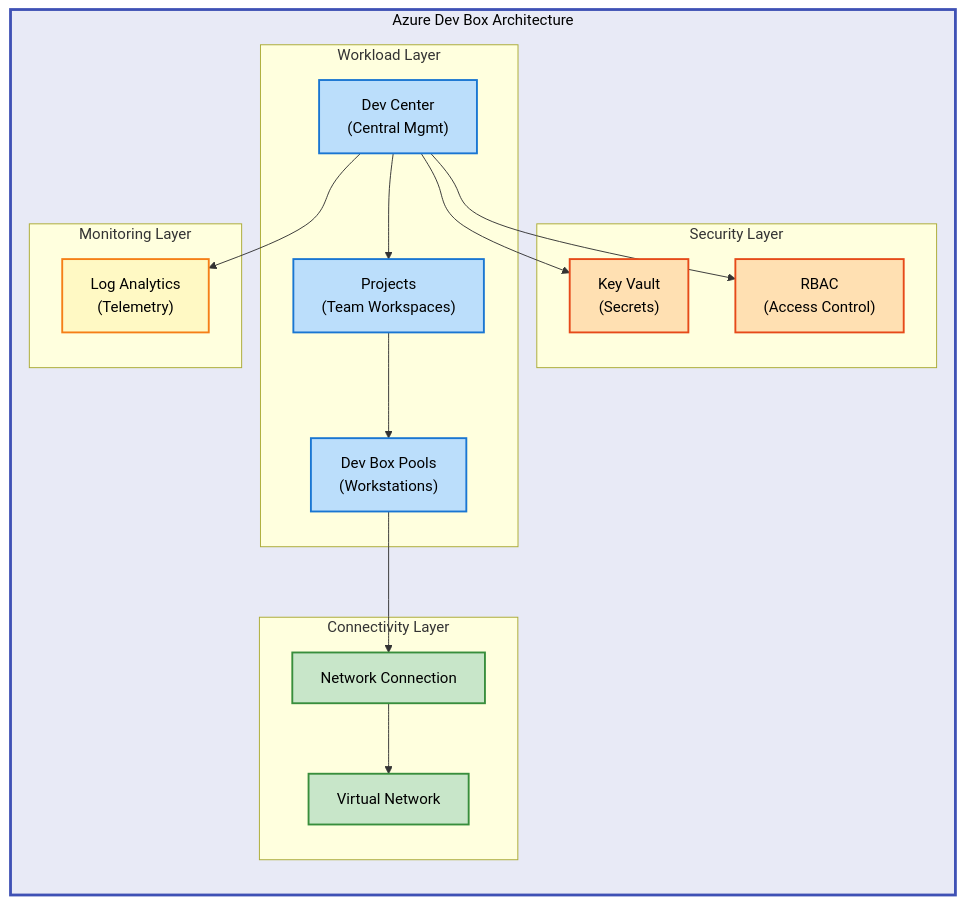
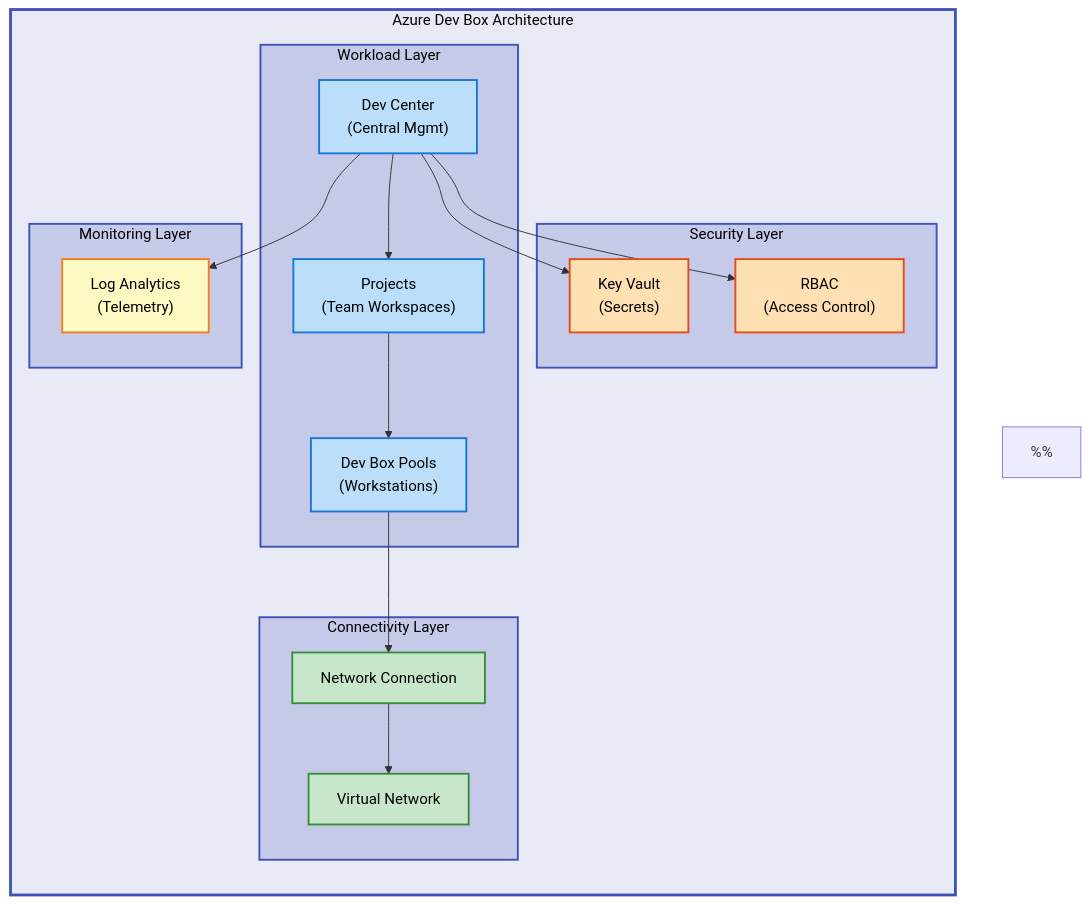
The diagram in README.md (Evilazaro/DevExp-DevBox), drawn with Mermaid before and after one commit.

Commit message:
Enhance architecture diagram in README.md with standardized color scheme and detailed documentation for clarity

````diff
--- a/README.md
+++ b/README.md
@@ -50,11 +50,51 @@
 ```mermaid
 %%{init: {"flowchart": {"htmlLabels": false}} }%%
 flowchart TB
+    %% ============================================
+    %% STANDARD COLOR SCHEME - DO NOT MODIFY
+    %% ============================================
+    %% Main Group Level (Neutral background)
     classDef mainGroup fill:#E8EAF6,stroke:#3F51B5,stroke-width:3px,color:#000
+
+    %% Sub Group Level (Hierarchical progression)
+    classDef subGroup fill:#C5CAE9,stroke:#3F51B5,stroke-width:2px,color:#000
+
+    %% Content Level (Semantic colors)
     classDef mdBlue fill:#BBDEFB,stroke:#1976D2,stroke-width:2px,color:#000
     classDef mdGreen fill:#C8E6C9,stroke:#388E3C,stroke-width:2px,color:#000
+    classDef mdRed fill:#FFCDD2,stroke:#D32F2F,stroke-width:2px,color:#000
+    classDef mdYellow fill:#FFF9C4,stroke:#F57F17,stroke-width:2px,color:#000
     classDef mdOrange fill:#FFE0B2,stroke:#E64A19,stroke-width:2px,color:#000
-    classDef mdYellow fill:#FFF9C4,stroke:#F57F17,stroke-width:2px,color:#000
+    classDef mdPurple fill:#E1BEE7,stroke:#7B1FA2,stroke-width:2px,color:#000
+    classDef mdTeal fill:#B2DFDB,stroke:#00796B,stroke-width:2px,color:#000
+    classDef mdGrey fill:#F5F5F5,stroke:#616161,stroke-width:2px,color:#000
+    %% ============================================
+
+    %% ============================================
+    %% COLOR SCHEME DOCUMENTATION
+    %% ============================================
+    %% Level 1 (Main Group - system): Indigo 50 (#E8EAF6)
+    %%   - Used for: Top-level architecture container
+    %%   - Purpose: Visual separation and hierarchy
+    %%   - Stroke: Indigo 500 (#3F51B5), 3px
+    %%
+    %% Level 2 (Sub Groups - layers): Indigo 100 (#C5CAE9)
+    %%   - Used for: Workload, Network, Security, Monitoring layers
+    %%   - Purpose: Group related Azure resources by concern
+    %%   - Stroke: Indigo 500 (#3F51B5), 2px
+    %%
+    %% Level 3 (Content - resources): Material Design semantic colors
+    %%   - Blue: Core workload components (Dev Center, Projects, Pools)
+    %%   - Green: Network infrastructure (VNet, Connections)
+    %%   - Orange: Security components (Key Vault, RBAC)
+    %%   - Yellow: Monitoring & observability (Log Analytics)
+    %% ============================================
+
+    %% Architecture follows Azure landing zone design with clear separation of concerns:
+    %% - Workload Layer: Developer-facing resources (Dev Center orchestration)
+    %% - Connectivity Layer: Network isolation and secure communication
+    %% - Security Layer: Identity, access control, and secrets management
+    %% - Monitoring Layer: Centralized logging and diagnostics
 
     subgraph system["Azure Dev Box Architecture"]
         direction TB
@@ -79,14 +119,21 @@
             logAnalytics["Log Analytics<br/>(Telemetry)"]:::mdYellow
         end
 
+        %% Resource flow: Dev Center orchestrates projects, which provision Dev Box pools
         devCenter --> projects
         projects --> devBoxPools
+
+        %% Network connectivity: Dev Boxes connect through dedicated network connection to VNet
         devBoxPools --> networkConnection
         networkConnection --> vnet
+
+        %% Cross-cutting concerns: Security and monitoring integrate with Dev Center
         devCenter --> keyVault
         devCenter --> rbac
         devCenter --> logAnalytics
     end
 
+    %% Apply hierarchical styling
     class system mainGroup
+    class workload,network,security,monitoring subGroup
 ```
````
